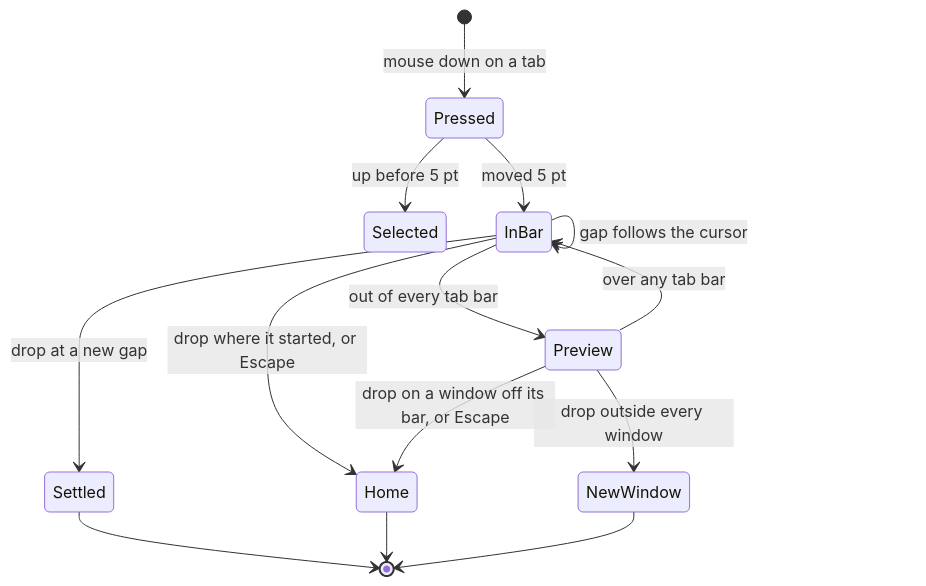
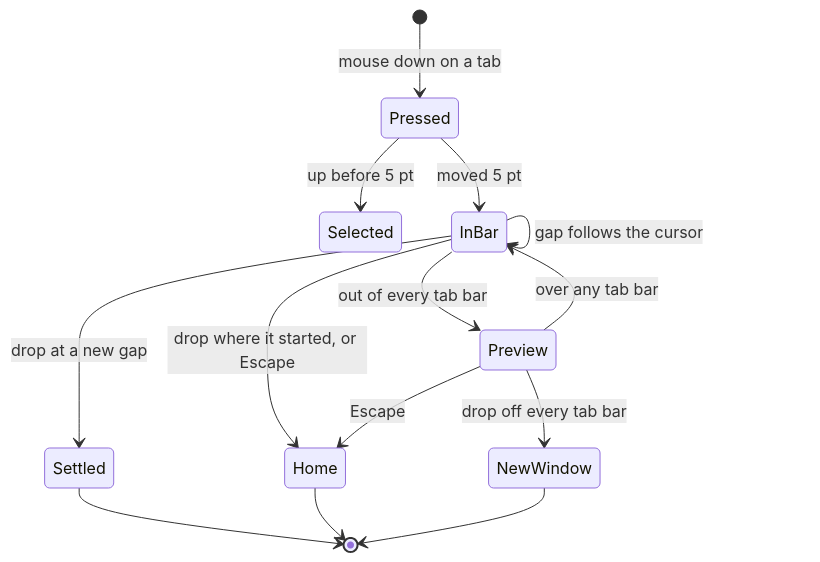
The diagram in docs/specs/tab-drag.md (tampopogk/kanna), drawn with Mermaid before and after one commit. The commit also changed other lines of this file and 6 other files, not shown here.

Commit message:
Tab drag: an unselected tab's preview shows its own panes, drawn off-screen and laid out by the tab's root, which the daemon now lists with every tab; a torn-off tab dropped anywhere off a tab bar, over a window's panes too, opens a new window

````diff
--- a/docs/specs/tab-drag.md
+++ b/docs/specs/tab-drag.md
@@ -20,16 +20,16 @@
 ```mermaid
 stateDiagram-v2
     [*] --> Pressed: mouse down on a tab
     Pressed --> Selected: up before 5 pt
     Pressed --> InBar: moved 5 pt
     InBar --> InBar: gap follows the cursor
     InBar --> Preview: out of every tab bar
     Preview --> InBar: over any tab bar
     InBar --> Settled: drop at a new gap
     InBar --> Home: drop where it started, or Escape
-    Preview --> NewWindow: drop outside every window
-    Preview --> Home: drop on a window off its bar, or Escape
+    Preview --> NewWindow: drop off every tab bar
+    Preview --> Home: Escape
     Settled --> [*]
     Home --> [*]
     NewWindow --> [*]
 ```
````
